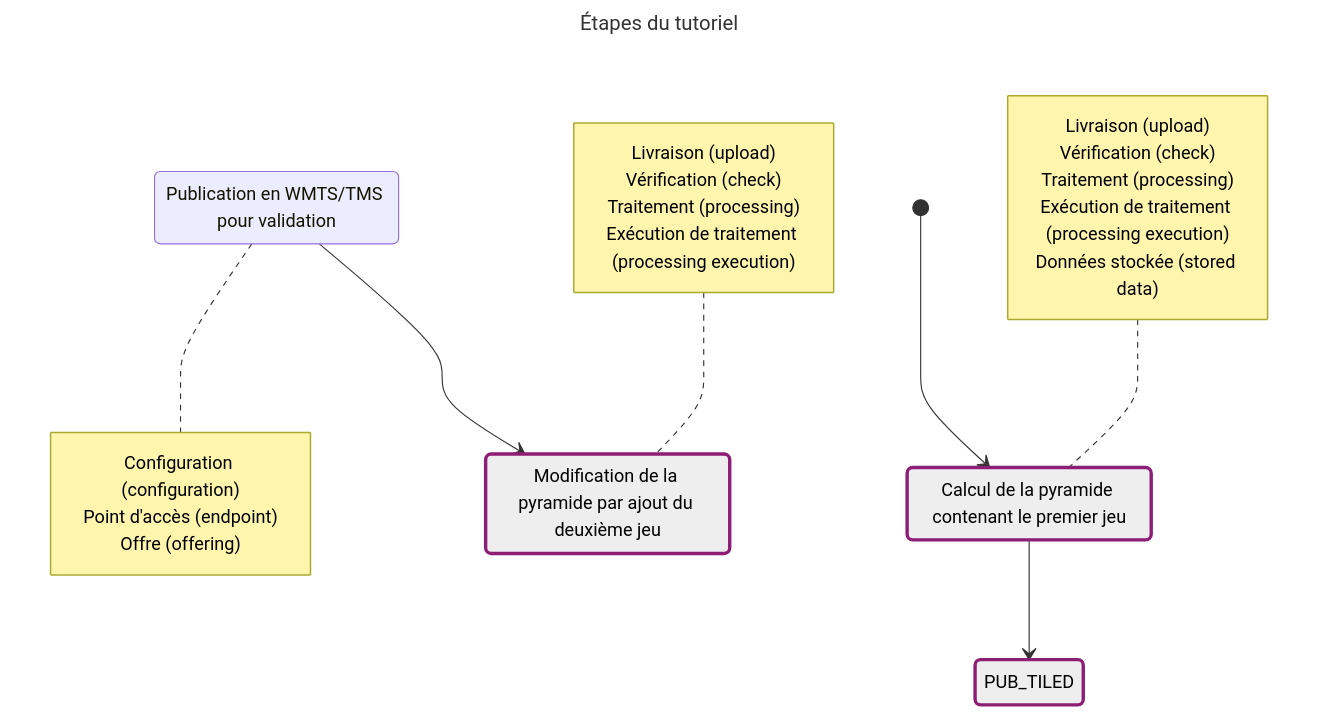
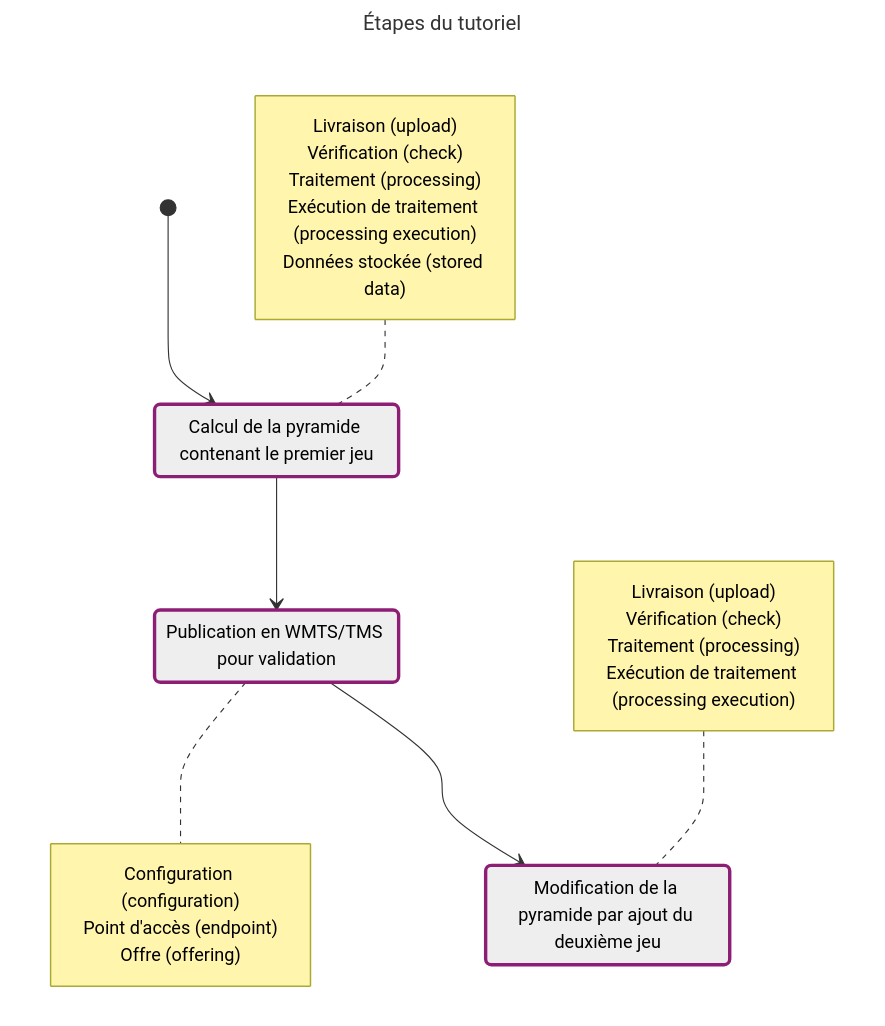
Before and after one commit to IGNF/cartes.gouv.fr-documentation: the diagram in content/fr/guides-developpeur/tutoriels/gestion-des-donnees-raster/alimentation-mise-a-jour-raster/par-injection.md, drawn with Mermaid. The commit also changed other lines of this file and 21 other files, not shown here.

````diff
--- a/content/fr/guides-developpeur/tutoriels/gestion-des-donnees-raster/alimentation-mise-a-jour-raster/par-injection.md
+++ b/content/fr/guides-developpeur/tutoriels/gestion-des-donnees-raster/alimentation-mise-a-jour-raster/par-injection.md
@@ -18,39 +18,39 @@
 ```mermaid
 ---
 title: Étapes du tutoriel
 ---
 stateDiagram
 
 
     LIV1: Calcul de la pyramide contenant le premier jeu
     note left of LIV1
         Livraison (upload)
         Vérification (check)
         Traitement (processing)
         Exécution de traitement (processing execution)
         Données stockée (stored data)
     end note
 
     PUB_TILED1: Publication en WMTS/TMS pour validation
     note right of PUB_TILED1
         Configuration (configuration)
         Point d'accès (endpoint)
         Offre (offering)
     end note
 
     LIV2: Modification de la pyramide par ajout du deuxième jeu
     note left of LIV2
         Livraison (upload)
         Vérification (check)
         Traitement (processing)
         Exécution de traitement (processing execution)
     end note
 
     [*] --> LIV1
-    LIV1 --> PUB_TILED
+    LIV1 --> PUB_TILED1
     PUB_TILED1 --> LIV2
 
     classDef concepts fill:#eee,stroke:#8d1d75,stroke-width:3px,color:#000;
 
-    class LIV1,LIV2,PUB_TILED concepts
+    class LIV1,LIV2,PUB_TILED1 concepts
 ```
````
